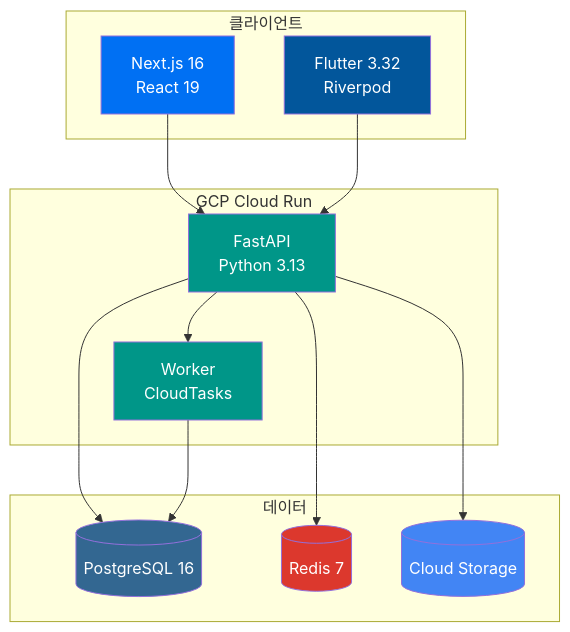
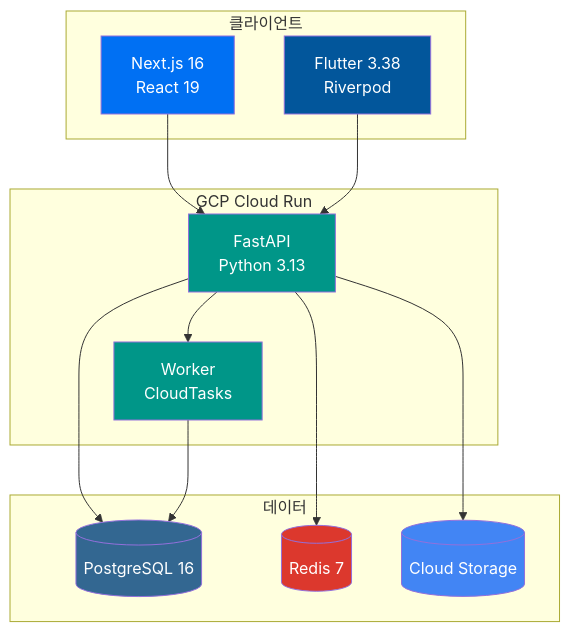
One commit to ksrae/tag-diary-app changed the diagram in README.ko.md. Above: the diagram before and after it, drawn with Mermaid. The commit also changed other lines of this file and 6 other files, not shown here.

First line of the commit message:
feat(mobile): add forui UI library and upgrade Flutter to 3.38

````diff
--- a/README.ko.md
+++ b/README.ko.md
@@ -9,34 +9,34 @@
 ```mermaid
 graph TB
     subgraph Client["클라이언트"]
         Web[Next.js 16<br/>React 19]
-        Mobile[Flutter 3.32<br/>Riverpod]
+        Mobile[Flutter 3.38<br/>Riverpod]
     end
 
     subgraph GCP["GCP Cloud Run"]
         API[FastAPI<br/>Python 3.13]
         Worker[Worker<br/>CloudTasks]
     end
 
     subgraph Data["데이터"]
         DB[(PostgreSQL 16)]
         Cache[(Redis 7)]
         Storage[(Cloud Storage)]
     end
 
     Web --> API
     Mobile --> API
     API --> DB
     API --> Cache
     API --> Worker
     Worker --> DB
     API --> Storage
 
     style Web fill:#0070f3,color:#fff
     style Mobile fill:#02569B,color:#fff
     style API fill:#009688,color:#fff
     style Worker fill:#009688,color:#fff
     style DB fill:#336791,color:#fff
     style Cache fill:#DC382D,color:#fff
     style Storage fill:#4285F4,color:#fff
 ```
````
